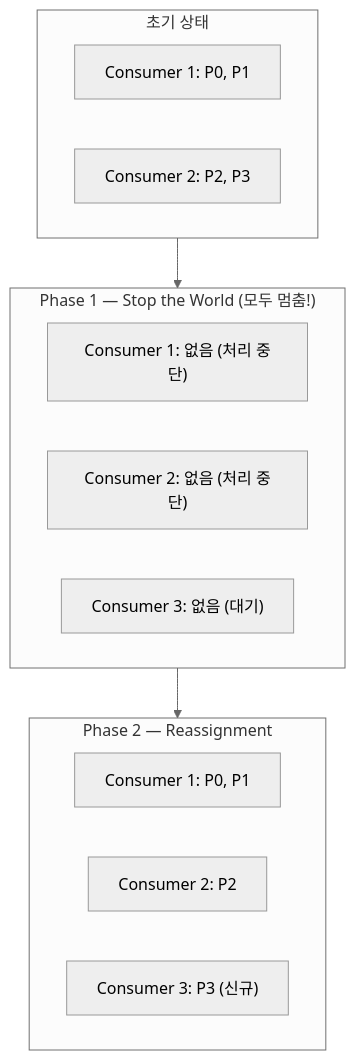
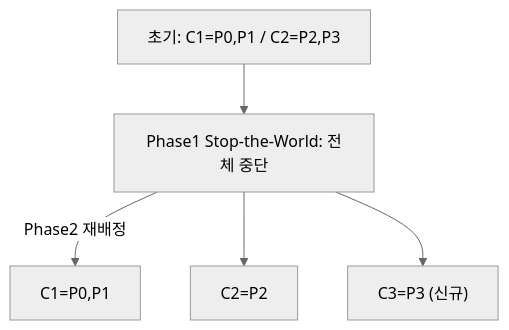
Before and after one commit to yjkim2015/yjkim2015.github.io: the eighth of 21 diagrams in _posts/kafka/2026-05-01-kafka-internals.md, drawn with Mermaid (neutral theme). The commit also changed other lines of this file and 215 other files, not shown here.

First line of the commit message:
신규 포스트 10개 추가 + Mermaid 전면 축소 + SystemDesign 시리즈 보강

````diff
--- a/_posts/kafka/2026-05-01-kafka-internals.md
+++ b/_posts/kafka/2026-05-01-kafka-internals.md
@@ -276,18 +249,12 @@
 ```mermaid
 graph TD
-    subgraph before["초기 상태"]
-        C1A["Consumer 1: P0, P1"]
-        C2A["Consumer 2: P2, P3"]
-    end
-    subgraph phase1["Phase 1 — Stop the World (모두 멈춤!)"]
-        C1B["Consumer 1: 없음 (처리 중단)"]
-        C2B["Consumer 2: 없음 (처리 중단)"]
-        C3B["Consumer 3: 없음 (대기)"]
-    end
-    subgraph phase2["Phase 2 — Reassignment"]
-        C1C["Consumer 1: P0, P1"]
-        C2C["Consumer 2: P2"]
-        C3C["Consumer 3: P3 (신규)"]
-    end
-    before --> phase1 --> phase2
+    A["초기: C1=P0,P1 / C2=P2,P3"]
+    B["Phase1 Stop-the-World: 전체 중단"]
+    C1C["C1=P0,P1"]
+    C2C["C2=P2"]
+    C3C["C3=P3 (신규)"]
+    A --> B
+    B -->|"Phase2 재배정"| C1C
+    B --> C2C
+    B --> C3C
 ```
````
